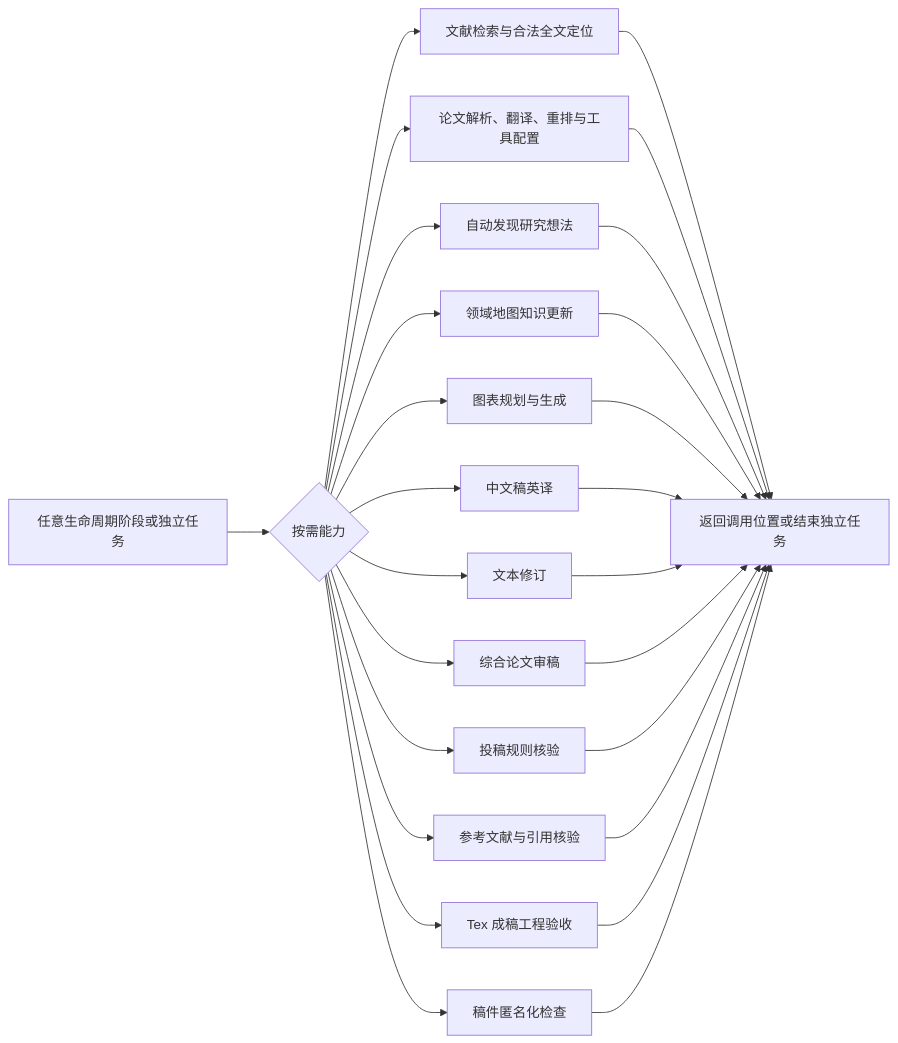
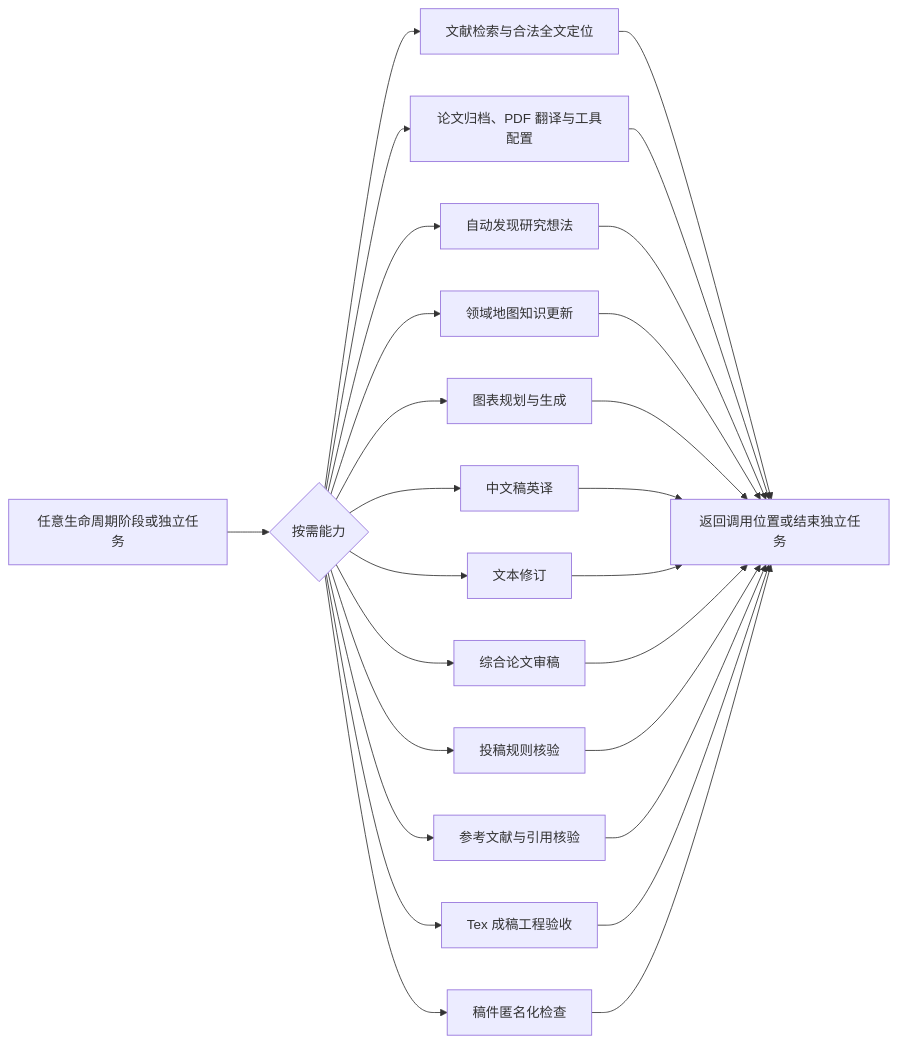
Before and after one commit to hxaxd/hxaxd-research: the second of 2 diagrams in WORKFLOW.md, drawn with Mermaid. The commit also changed other lines of this file and 31 other files, not shown here.

````diff
--- a/WORKFLOW.md
+++ b/WORKFLOW.md
@@ -172,28 +204,28 @@
 ```mermaid
 flowchart LR
     S["任意生命周期阶段或独立任务"] --> C{"按需能力"}
     C --> A["文献检索与合法全文定位"]
-    C --> B["论文解析、翻译、重排与工具配置"]
+    C --> B["论文归档、PDF 翻译与工具配置"]
     C --> D["自动发现研究想法"]
     C --> E["领域地图知识更新"]
     C --> F["图表规划与生成"]
     C --> G["中文稿英译"]
     C --> H["文本修订"]
     C --> I["综合论文审稿"]
     C --> J["投稿规则核验"]
     C --> K["参考文献与引用核验"]
     C --> T["Tex 成稿工程验收"]
     C --> N["稿件匿名化检查"]
     A --> R["返回调用位置或结束独立任务"]
     B --> R
     D --> R
     E --> R
     F --> R
     G --> R
     H --> R
     I --> R
     J --> R
     K --> R
     T --> R
     N --> R
 ```
````
